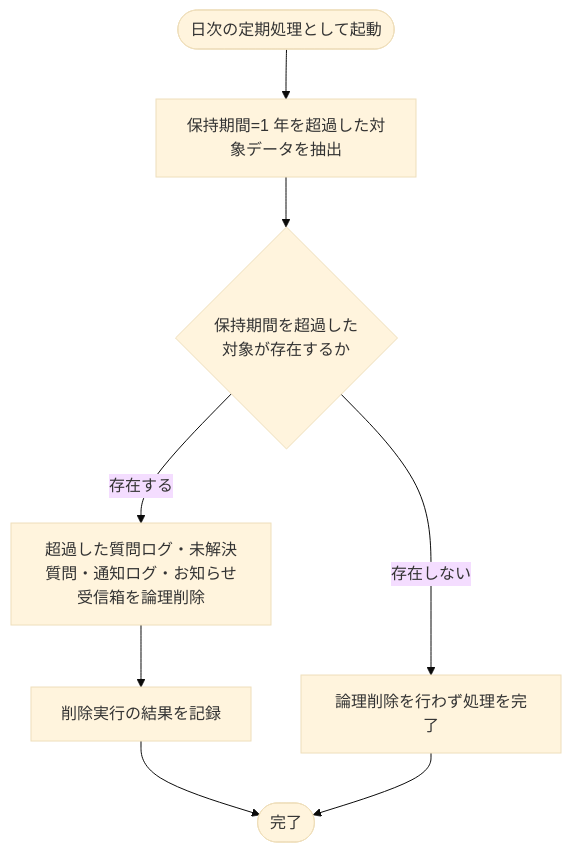
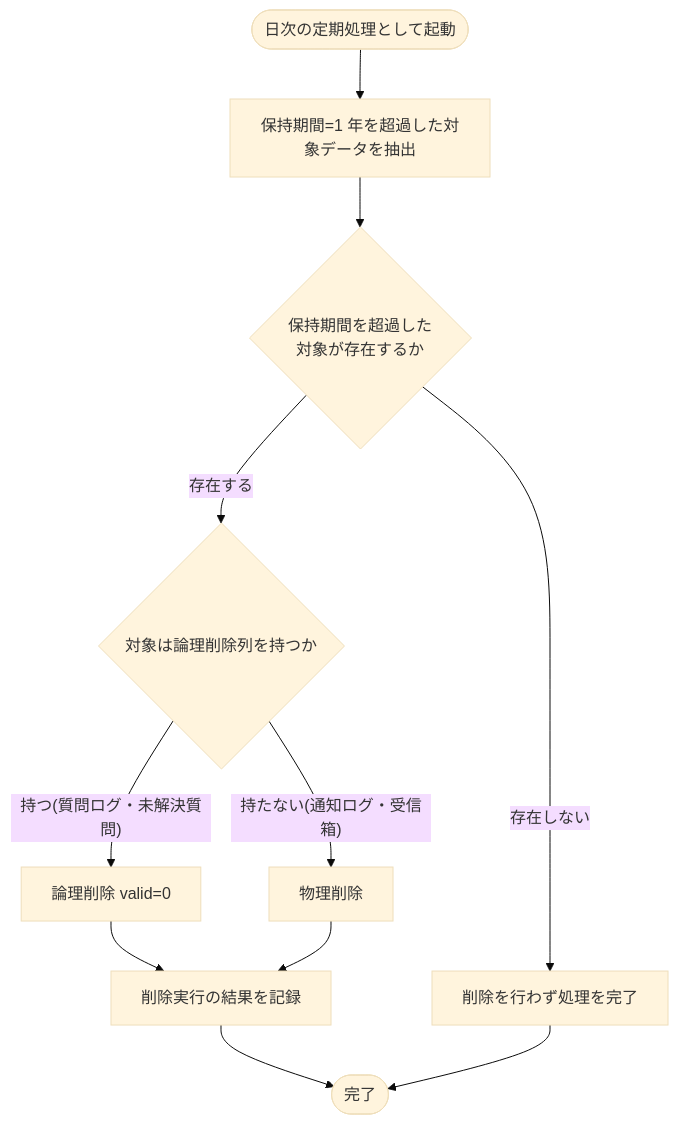
Before and after one commit to sikakou54/open-faq: the diagram in 02_basic_design/02_backend/01_system/SYS-034.md, drawn with Mermaid (base theme). The commit also changed other lines of this file and 9 other files, not shown here.

````diff
--- a/02_basic_design/02_backend/01_system/SYS-034.md
+++ b/02_basic_design/02_backend/01_system/SYS-034.md
@@ -33,10 +34,13 @@
 ```mermaid
 flowchart TB
   S([日次の定期処理として起動]) --> A[保持期間=1 年を超過した対象データを抽出]
   A --> B{保持期間を超過した<br/>対象が存在するか}
-  B -- 存在する --> C[超過した質問ログ・未解決質問・通知ログ・お知らせ受信箱を論理削除]
-  C --> D[削除実行の結果を記録]
-  D --> E([完了])
-  B -- 存在しない --> F[論理削除を行わず処理を完了]
-  F --> E
+  B -- 存在する --> C{対象は論理削除列を持つか}
+  C -- 持つ(質問ログ・未解決質問) --> D[論理削除 valid=0]
+  C -- 持たない(通知ログ・受信箱) --> E[物理削除]
+  D --> F[削除実行の結果を記録]
+  E --> F
+  F --> G([完了])
+  B -- 存在しない --> H[削除を行わず処理を完了]
+  H --> G
 ```
````
